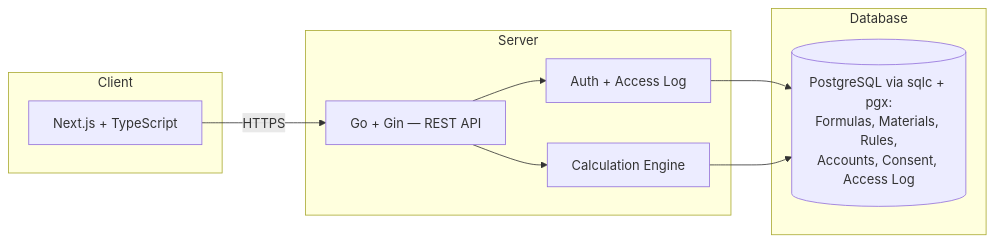
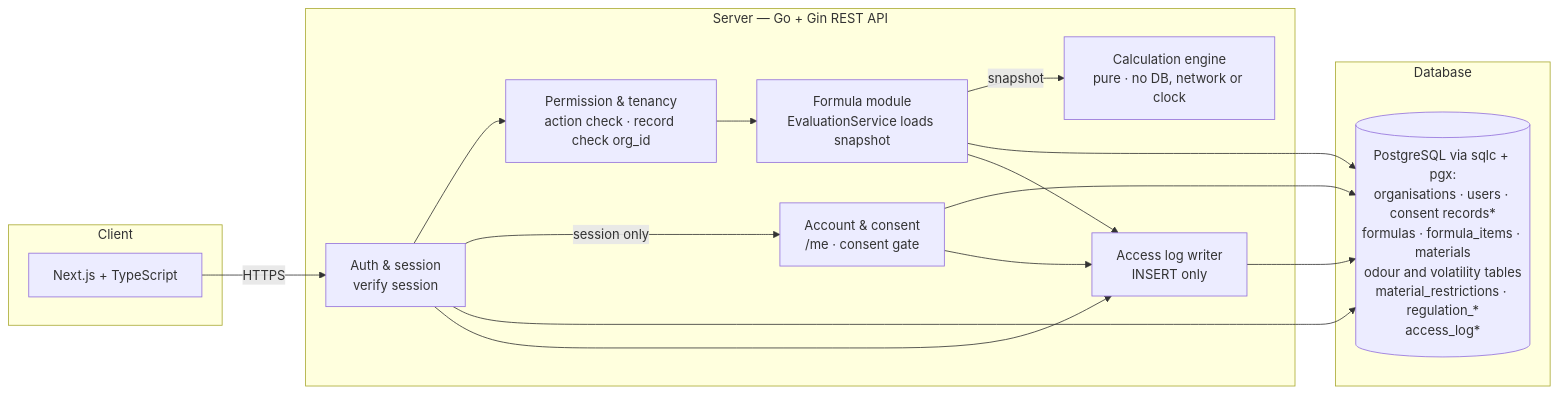
Before and after one commit to projectSE-1/fragform-proposal: the third of 4 diagrams in .docs/02-design/diagrams.md, drawn with Mermaid. The commit also changed other lines of this file and 8 other files, not shown here.

````diff
--- a/.docs/02-design/diagrams.md
+++ b/.docs/02-design/diagrams.md
@@ -69,20 +70,30 @@
 ```mermaid
 flowchart LR
     subgraph Client
         UI[Next.js + TypeScript]
     end
-    subgraph Server
-        API[Go + Gin — REST API]
-        AUTH[Auth + Access Log]
-        ENGINE[Calculation Engine]
+    subgraph Server["Server — Go + Gin REST API"]
+        AUTH[Auth & session<br/>verify session]
+        PERM[Permission & tenancy<br/>action check · record check org_id]
+        FORM[Formula module<br/>EvaluationService loads snapshot]
+        ENGINE[Calculation engine<br/>pure · no DB, network or clock]
+        ACC[Account & consent<br/>/me · consent gate]
+        LOG[Access log writer<br/>INSERT only]
     end
     subgraph Database
-        DB[(PostgreSQL via sqlc + pgx:<br/>Formulas, Materials, Rules,<br/>Accounts, Consent, Access Log)]
+        DB[(PostgreSQL via sqlc + pgx:<br/>organisations · users · consent records*<br/>formulas · formula_items · materials<br/>odour and volatility tables<br/>material_restrictions · regulation_*<br/>access_log*)]
     end
 
-    UI -->|HTTPS| API
-    API --> AUTH
-    API --> ENGINE
+    UI -->|HTTPS| AUTH
+    AUTH --> PERM
+    PERM --> FORM
+    AUTH -->|session only| ACC
+    FORM -->|snapshot| ENGINE
     AUTH --> DB
-    ENGINE --> DB
+    FORM --> DB
+    ACC --> DB
+    AUTH --> LOG
+    FORM --> LOG
+    ACC --> LOG
+    LOG --> DB
 ```
````
